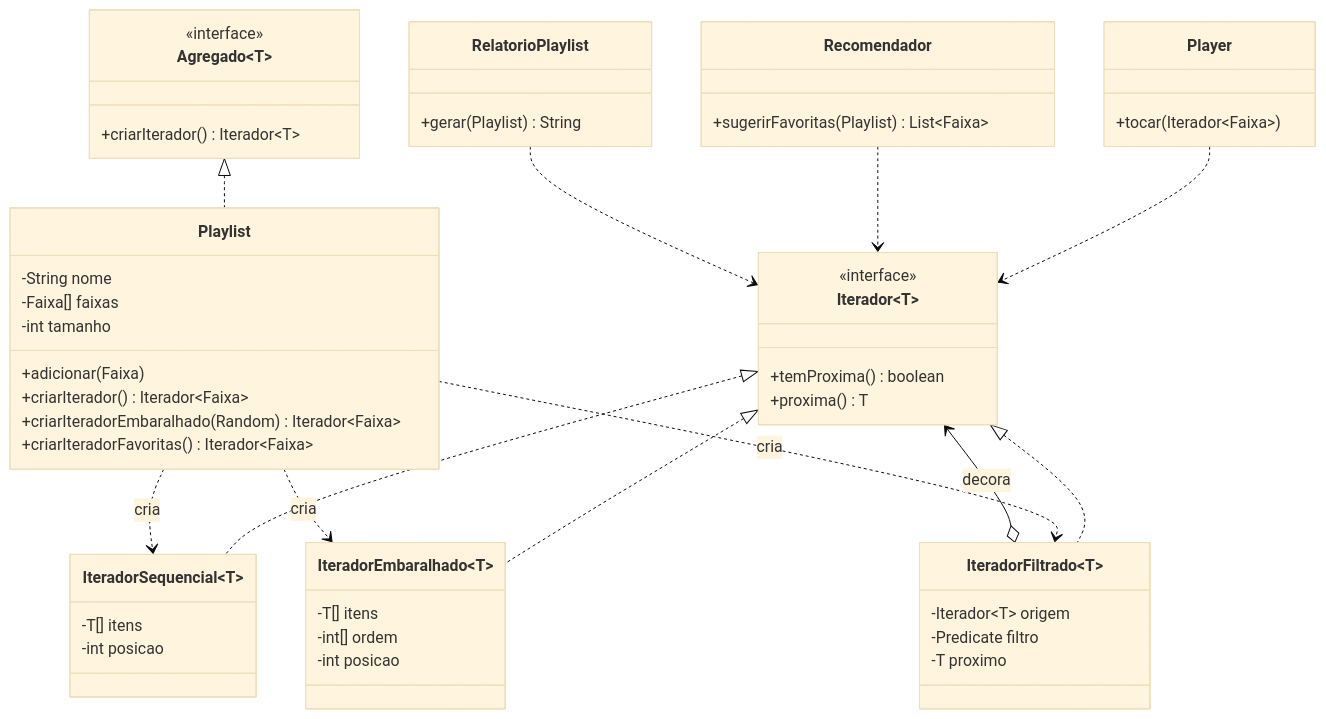
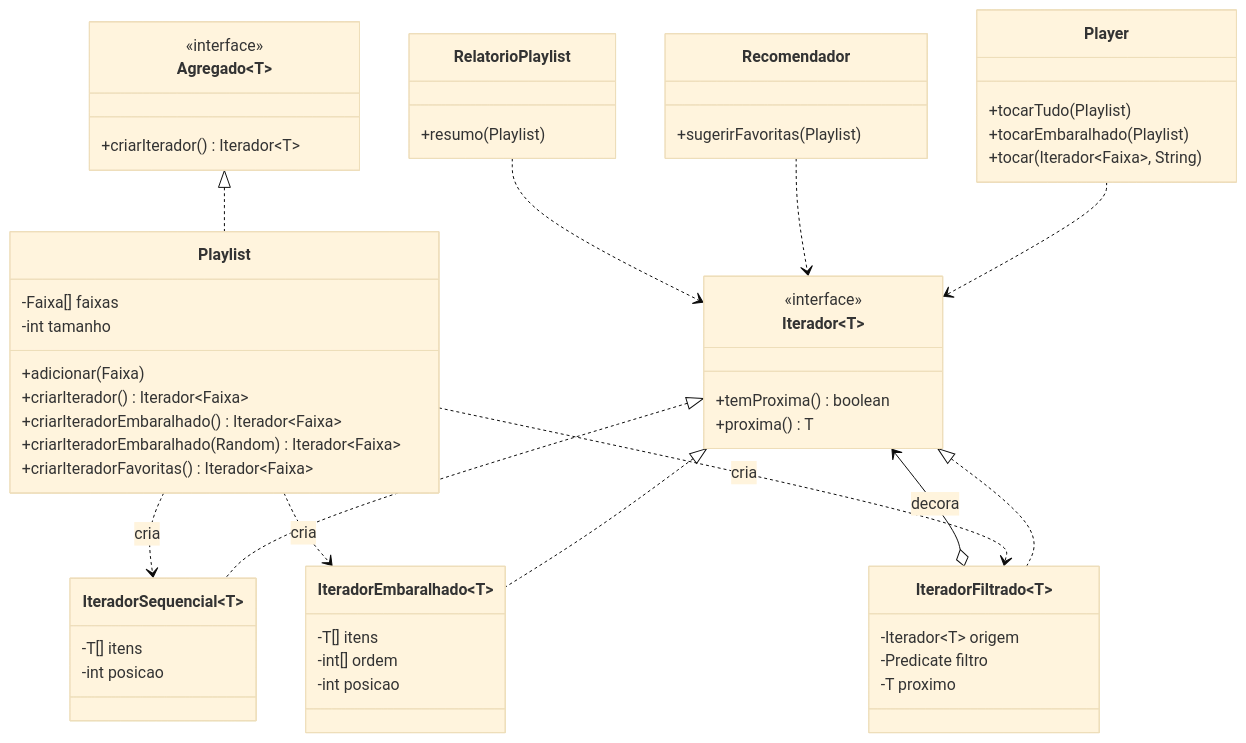
One commit to GabrielMacielZavarize/exercicio_iterator changed the second of 2 diagrams in README.md. Above: the diagram before and after it, drawn with Mermaid (base theme). The commit also changed other lines of this file and 16 other files, not shown here.

````diff
--- a/README.md
+++ b/README.md
@@ -123,56 +136,58 @@
 ```mermaid
 classDiagram
     direction TB
     class Iterador~T~ {
         <<interface>>
         +temProxima() boolean
         +proxima() T
     }
     class Agregado~T~ {
         <<interface>>
         +criarIterador() Iterador~T~
     }
     class Playlist {
-        -String nome
         -Faixa[] faixas
         -int tamanho
         +adicionar(Faixa)
         +criarIterador() Iterador~Faixa~
+        +criarIteradorEmbaralhado() Iterador~Faixa~
         +criarIteradorEmbaralhado(Random) Iterador~Faixa~
         +criarIteradorFavoritas() Iterador~Faixa~
     }
     class IteradorSequencial~T~ {
         -T[] itens
         -int posicao
     }
     class IteradorEmbaralhado~T~ {
         -T[] itens
         -int[] ordem
         -int posicao
     }
     class IteradorFiltrado~T~ {
         -Iterador~T~ origem
         -Predicate filtro
         -T proximo
     }
     class Player {
-        +tocar(Iterador~Faixa~)
+        +tocarTudo(Playlist)
+        +tocarEmbaralhado(Playlist)
+        +tocar(Iterador~Faixa~, String)
     }
     class Recomendador {
-        +sugerirFavoritas(Playlist) List~Faixa~
+        +sugerirFavoritas(Playlist)
     }
     class RelatorioPlaylist {
-        +gerar(Playlist) String
+        +resumo(Playlist)
     }
     Agregado <|.. Playlist
     Iterador <|.. IteradorSequencial
     Iterador <|.. IteradorEmbaralhado
     Iterador <|.. IteradorFiltrado
     IteradorFiltrado o--> Iterador : decora
     Playlist ..> IteradorSequencial : cria
     Playlist ..> IteradorEmbaralhado : cria
     Playlist ..> IteradorFiltrado : cria
     Player ..> Iterador
     Recomendador ..> Iterador
     RelatorioPlaylist ..> Iterador
 ```
````
